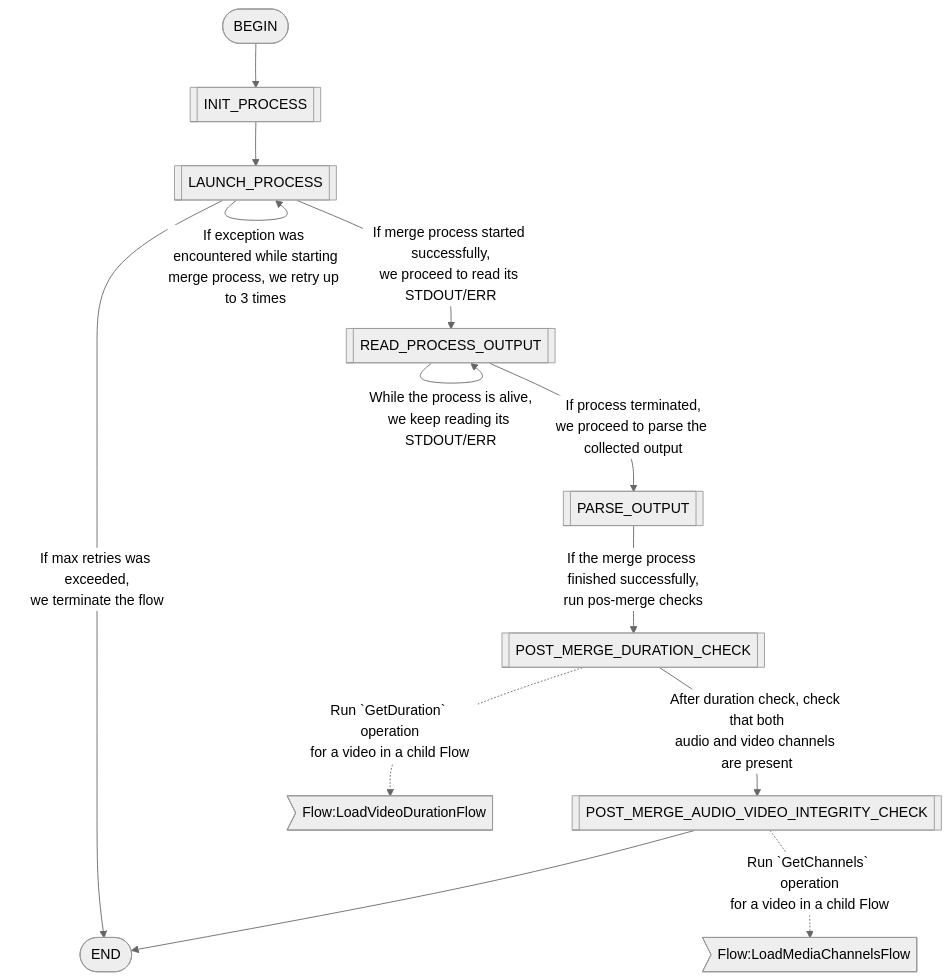
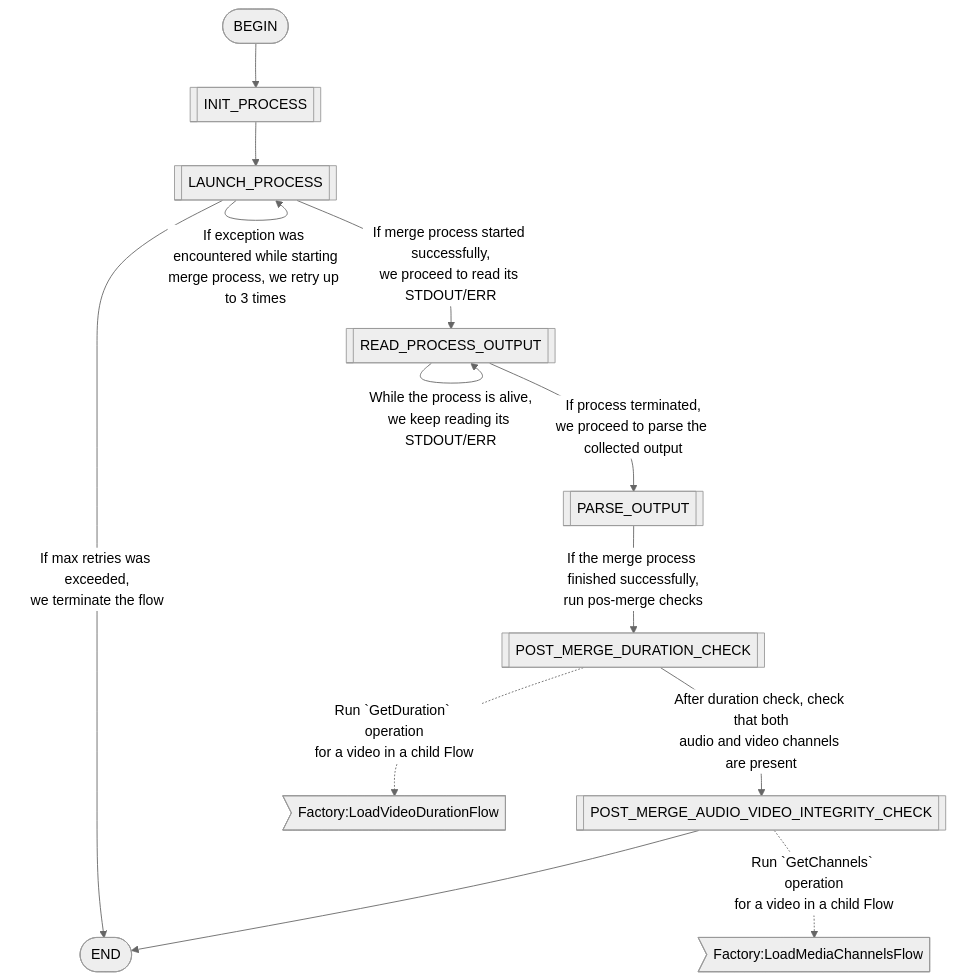
One commit to flower-org/HeliumIngestor changed the sixth of 8 diagrams in README.md. Above: the diagram before and after it, drawn with Mermaid (neutral theme). The commit also changed other lines of this file and 5 other files, not shown here.

Commit message:
FlowRepo genericized, updates to diagram gen, FlowRepo and FlowFactory annotations simplified.

````diff
--- a/README.md
+++ b/README.md
@@ -104,32 +103,32 @@
 ```mermaid
 flowchart
 BEGIN([BEGIN])
 END([END])
 LAUNCH_PROCESS[[LAUNCH_PROCESS]]
 LAUNCH_PROCESS --If merge process started successfully,
 we proceed to read its STDOUT/ERR--> READ_PROCESS_OUTPUT[[READ_PROCESS_OUTPUT]]
 LAUNCH_PROCESS --If exception was encountered while starting
 merge process, we retry up to 3 times--> LAUNCH_PROCESS[[LAUNCH_PROCESS]]
 LAUNCH_PROCESS --If max retries was exceeded,
 we terminate the flow--> END([END])
 INIT_PROCESS[[INIT_PROCESS]]
 BEGIN([BEGIN]) --> INIT_PROCESS[[INIT_PROCESS]]
 INIT_PROCESS --> LAUNCH_PROCESS[[LAUNCH_PROCESS]]
 POST_MERGE_DURATION_CHECK[[POST_MERGE_DURATION_CHECK]]
 POST_MERGE_DURATION_CHECK --After duration check, check that both
 audio and video channels are present--> POST_MERGE_AUDIO_VIDEO_INTEGRITY_CHECK[[POST_MERGE_AUDIO_VIDEO_INTEGRITY_CHECK]]
 POST_MERGE_DURATION_CHECK -.Run `GetDuration` operation
-for a video in a child Flow.-> Flow:LoadVideoDurationFlow>Flow:LoadVideoDurationFlow]
+for a video in a child Flow.-> Factory:LoadVideoDurationFlow>Factory:LoadVideoDurationFlow]
 POST_MERGE_AUDIO_VIDEO_INTEGRITY_CHECK[[POST_MERGE_AUDIO_VIDEO_INTEGRITY_CHECK]]
 POST_MERGE_AUDIO_VIDEO_INTEGRITY_CHECK --> END([END])
 POST_MERGE_AUDIO_VIDEO_INTEGRITY_CHECK -.Run `GetChannels` operation
-for a video in a child Flow.-> Flow:LoadMediaChannelsFlow>Flow:LoadMediaChannelsFlow]
+for a video in a child Flow.-> Factory:LoadMediaChannelsFlow>Factory:LoadMediaChannelsFlow]
 READ_PROCESS_OUTPUT[[READ_PROCESS_OUTPUT]]
 READ_PROCESS_OUTPUT --While the process is alive,
 we keep reading its STDOUT/ERR--> READ_PROCESS_OUTPUT[[READ_PROCESS_OUTPUT]]
 READ_PROCESS_OUTPUT --If process terminated,
 we proceed to parse the collected output--> PARSE_OUTPUT[[PARSE_OUTPUT]]
 PARSE_OUTPUT[[PARSE_OUTPUT]]
 PARSE_OUTPUT --If the merge process finished successfully,
 run pos-merge checks--> POST_MERGE_DURATION_CHECK[[POST_MERGE_DURATION_CHECK]]
 ```
````
